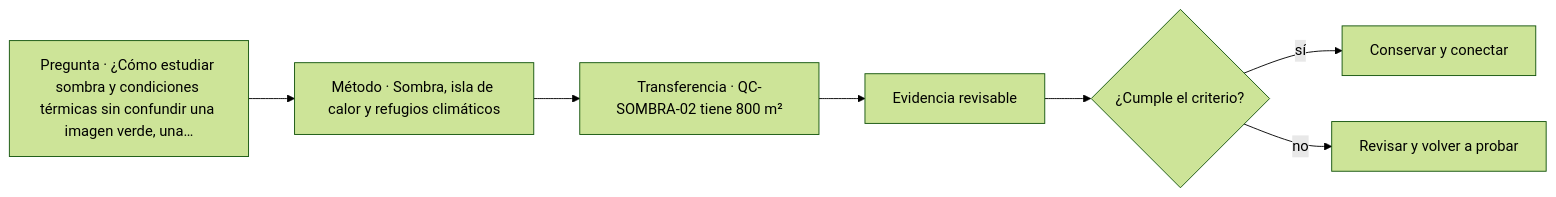
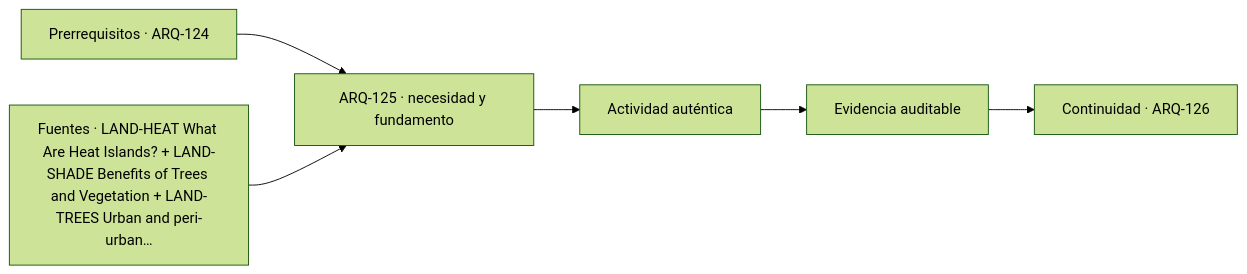
Before and after one commit to vladimiracunadev-create/architecture-built-environment-learning-program: the diagram in classes/parte-13/ARQ-125.md, drawn with Mermaid (forest theme). The commit also changed other lines of this file and 761 other files, not shown here.

````diff
--- a/classes/parte-13/ARQ-125.md
+++ b/classes/parte-13/ARQ-125.md
@@ -112,9 +124,8 @@
 ```mermaid
 flowchart LR
-    Q["Pregunta · ¿Cómo estudiar sombra y condiciones térmicas sin confundir una imagen verde, una…"] --> M["Método · Sombra, isla de calor y refugios climáticos"]
-    M --> P["Transferencia · QC-SOMBRA-02 tiene 800 m²"]
-    P --> E["Evidencia revisable"]
-    E --> C{"¿Cumple el criterio?"}
-    C -->|sí| T["Conservar y conectar"]
-    C -->|no| R["Revisar y volver a probar"]
+    A["Prerrequisitos · ARQ-124"] --> B["ARQ-125 · necesidad y fundamento"]
+    S["Fuentes · LAND-HEAT What Are Heat Islands? + LAND-SHADE Benefits of Trees and Vegetation + LAND-TREES Urban and peri-urban…"] --> B
+    B --> C["Actividad auténtica"]
+    C --> D["Evidencia auditable"]
+    D --> E["Continuidad · ARQ-126"]
 ```
````
